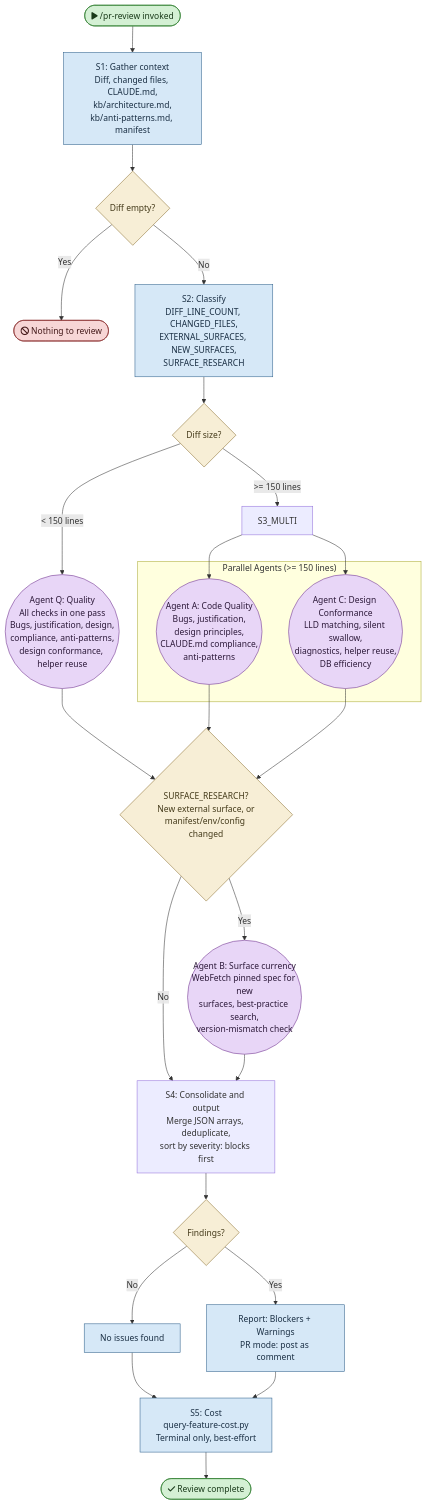
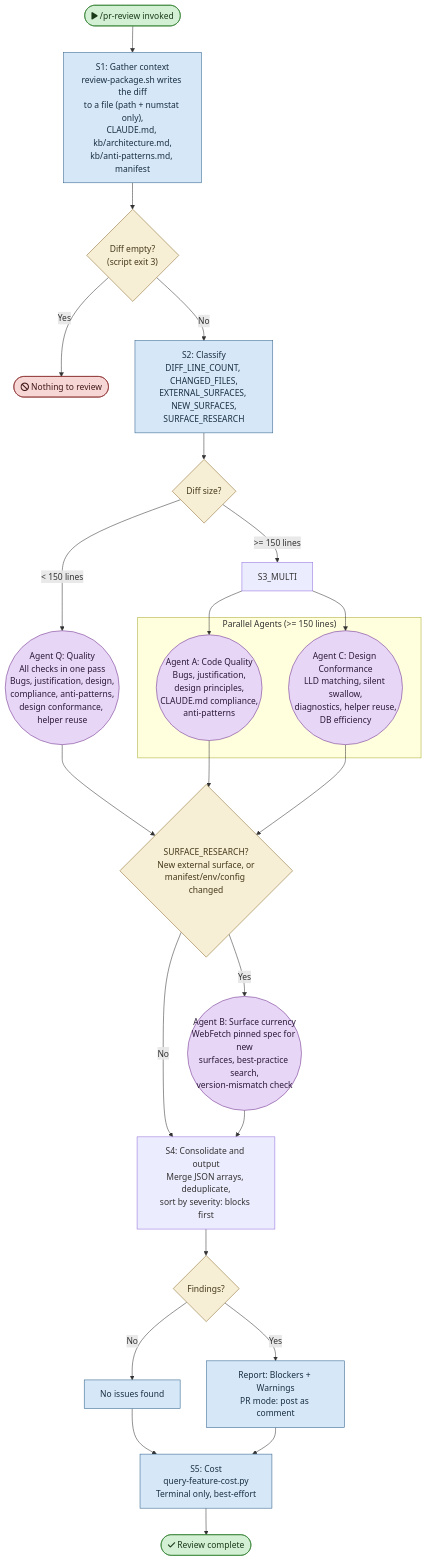
One commit to mironyx/engineering-delivery-framework changed the diagram in plugins/edf/skills/pr-review/flowchart.md. Above: the diagram before and after it, drawn with Mermaid. The commit also changed 6 other files, not shown here.

First line of the commit message:
perf: hand pr-review agents a diff file instead of pasting the diff (#70)

````diff
--- a/plugins/edf/skills/pr-review/flowchart.md
+++ b/plugins/edf/skills/pr-review/flowchart.md
@@ -5,55 +5,55 @@
 ```mermaid
 flowchart TD
     START(["fa:fa-play /pr-review invoked"]) --> S1
 
-    S1["S1: Gather context<br/>Diff, changed files, CLAUDE.md,<br/>kb/architecture.md,<br/>kb/anti-patterns.md, manifest"] --> S1_CHK{"Diff empty?"}
+    S1["S1: Gather context<br/>review-package.sh writes the diff<br/>to a file (path + numstat only),<br/>CLAUDE.md, kb/architecture.md,<br/>kb/anti-patterns.md, manifest"] --> S1_CHK{"Diff empty?<br/>(script exit 3)"}
     S1_CHK -->|"Yes"| STOP_EMPTY(["fa:fa-ban Nothing to review"])
     S1_CHK -->|"No"| S2
 
     S2["S2: Classify<br/>DIFF_LINE_COUNT, CHANGED_FILES,<br/>EXTERNAL_SURFACES, NEW_SURFACES,<br/>SURFACE_RESEARCH"] --> S2_SIZE{"Diff size?"}
 
     S2_SIZE -->|"< 150 lines"| S3_SINGLE
     S2_SIZE -->|">= 150 lines"| S3_MULTI
 
     S3_SINGLE(("Agent Q: Quality<br/>All checks in one pass<br/>Bugs, justification, design,<br/>compliance, anti-patterns,<br/>design conformance, helper reuse"))
 
     S3_SINGLE --> S3_SURF
 
     subgraph PARALLEL["Parallel Agents (>= 150 lines)"]
         S3A(("Agent A: Code Quality<br/>Bugs, justification,<br/>design principles,<br/>CLAUDE.md compliance,<br/>anti-patterns"))
         S3C(("Agent C: Design Conformance<br/>LLD matching, silent swallow,<br/>diagnostics, helper reuse,<br/>DB efficiency"))
     end
 
     S3_MULTI --> S3A
     S3_MULTI --> S3C
 
     S3A --> S3_SURF{"SURFACE_RESEARCH?<br/>New external surface, or<br/>manifest/env/config changed"}
     S3C --> S3_SURF
     S3_SURF -->|"Yes"| S3B(("Agent B: Surface currency<br/>WebFetch pinned spec for new<br/>surfaces, best-practice search,<br/>version-mismatch check"))
     S3_SURF -->|"No"| S4
     S3B --> S4
 
     S4["S4: Consolidate and output<br/>Merge JSON arrays, deduplicate,<br/>sort by severity: blocks first"] --> S4_FIND{"Findings?"}
     S4_FIND -->|"No"| S4_CLEAN["No issues found"]
     S4_FIND -->|"Yes"| S4_REPORT["Report: Blockers + Warnings<br/>PR mode: post as comment"]
 
     S4_CLEAN --> S5
     S4_REPORT --> S5
 
     S5["S5: Cost<br/>query-feature-cost.py<br/>Terminal only, best-effort"]
 
     S5 --> DONE(["fa:fa-check Review complete"])
 
     %% ── Styles ──
     classDef startend fill:#d4f0d4,stroke:#2d7d2d,color:#1a3a1a
     classDef process fill:#d6e8f7,stroke:#2d5f8a,color:#1a2f44
     classDef agent fill:#e8d6f7,stroke:#6b2d8a,color:#2d1a3a
     classDef decision fill:#f7eed6,stroke:#8a6d2d,color:#443a1a
     classDef stop fill:#f7d6d6,stroke:#8a2d2d,color:#441a1a
 
     class START,DONE startend
     class S1,S2,S4_CLEAN,S4_REPORT,S5 process
     class S3_SINGLE,S3A,S3C,S3B agent
     class S1_CHK,S2_SIZE,S3_SURF,S4_FIND decision
     class STOP_EMPTY stop
 ```
````
